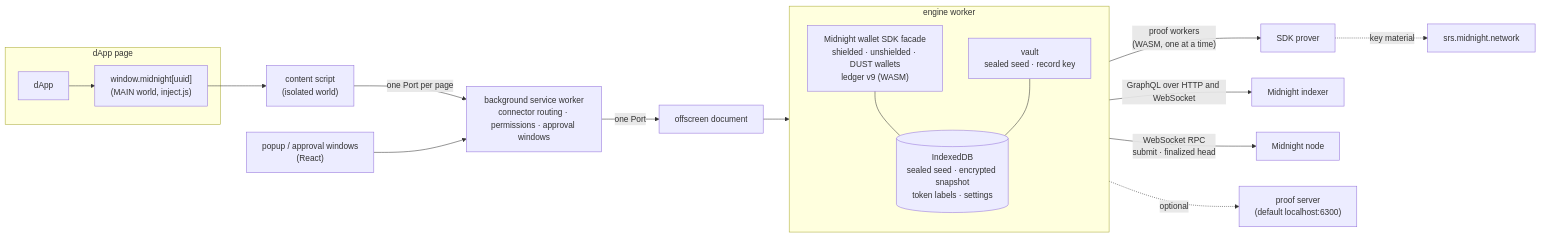
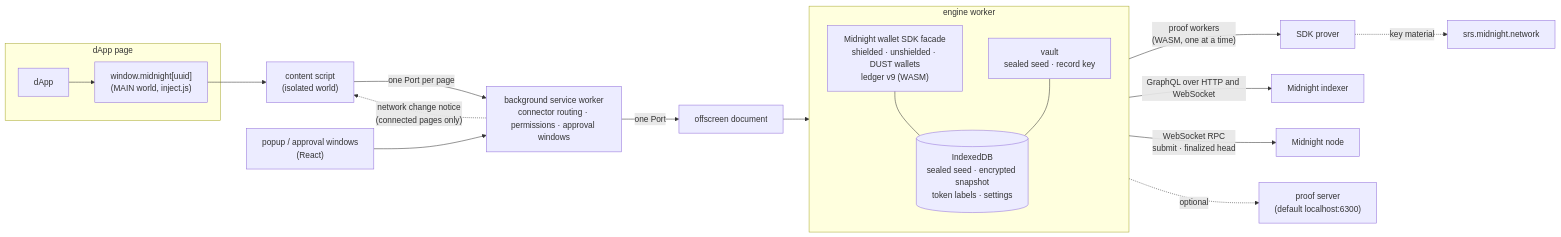
One commit to Midgard-Labs-Inc/mdwa changed the first of 5 diagrams in docs/technical.md. Above: the diagram before and after it, drawn with Mermaid. The commit also changed other lines of this file and 9 other files, not shown here.

````diff
--- a/docs/technical.md
+++ b/docs/technical.md
@@ -22,23 +22,24 @@
 ```mermaid
 flowchart LR
   subgraph page["dApp page"]
     dapp["dApp"] --> inject["window.midnight[uuid]<br/>(MAIN world, inject.js)"]
   end
   inject --> content["content script<br/>(isolated world)"]
   content -- "one Port per page" --> bg["background service worker<br/>connector routing · permissions · approval windows"]
+  bg -. "network change notice<br/>(connected pages only)" .-> content
   popup["popup / approval windows<br/>(React)"] --> bg
   bg -- "one Port" --> off["offscreen document"]
   subgraph engine["engine worker"]
     sdk["Midnight wallet SDK facade<br/>shielded · unshielded · DUST wallets<br/>ledger v9 (WASM)"]
     vault["vault<br/>sealed seed · record key"]
     idb[("IndexedDB<br/>sealed seed · encrypted snapshot<br/>token labels · settings")]
     sdk --- idb
     vault --- idb
   end
   off --> engine
   engine -- "proof workers<br/>(WASM, one at a time)" --> wasm["SDK prover"]
   engine -- "GraphQL over HTTP and WebSocket" --> indexer["Midnight indexer"]
   engine -- "WebSocket RPC<br/>submit · finalized head" --> node["Midnight node"]
   engine -. "optional" .-> proofserver["proof server<br/>(default localhost:6300)"]
   wasm -. "key material" .-> srs["srs.midnight.network"]
 ```
````
